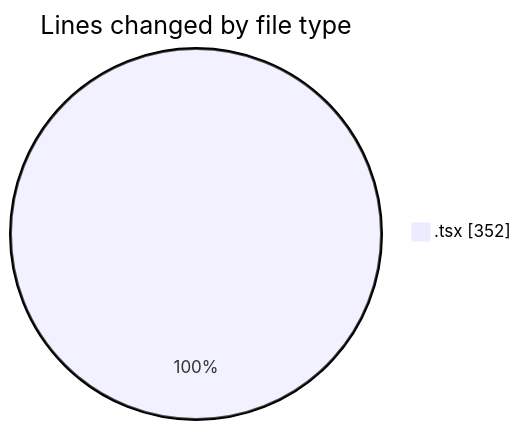
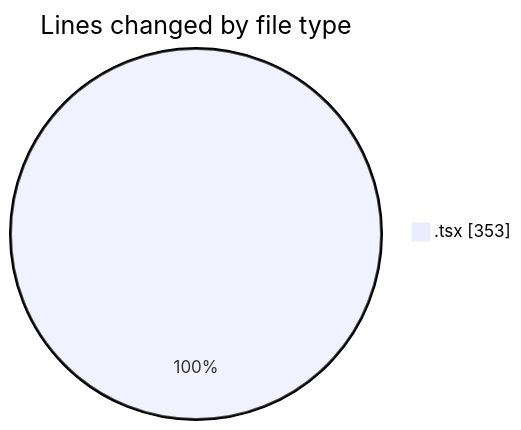
One commit to nxtqubesakshisongat/code-tracking changed the first of 2 diagrams in 2026-07-15/nxtqube_webapp/README.md. Above: the diagram before and after it, drawn with Mermaid. The commit also changed other lines of this file and 1 other file, not shown here.

````diff
--- a/2026-07-15/nxtqube_webapp/README.md
+++ b/2026-07-15/nxtqube_webapp/README.md
@@ -20,5 +20,5 @@
 ```mermaid
 pie showData
 title Lines changed by file type
-".tsx" : 352
+".tsx" : 353
 ```
````
